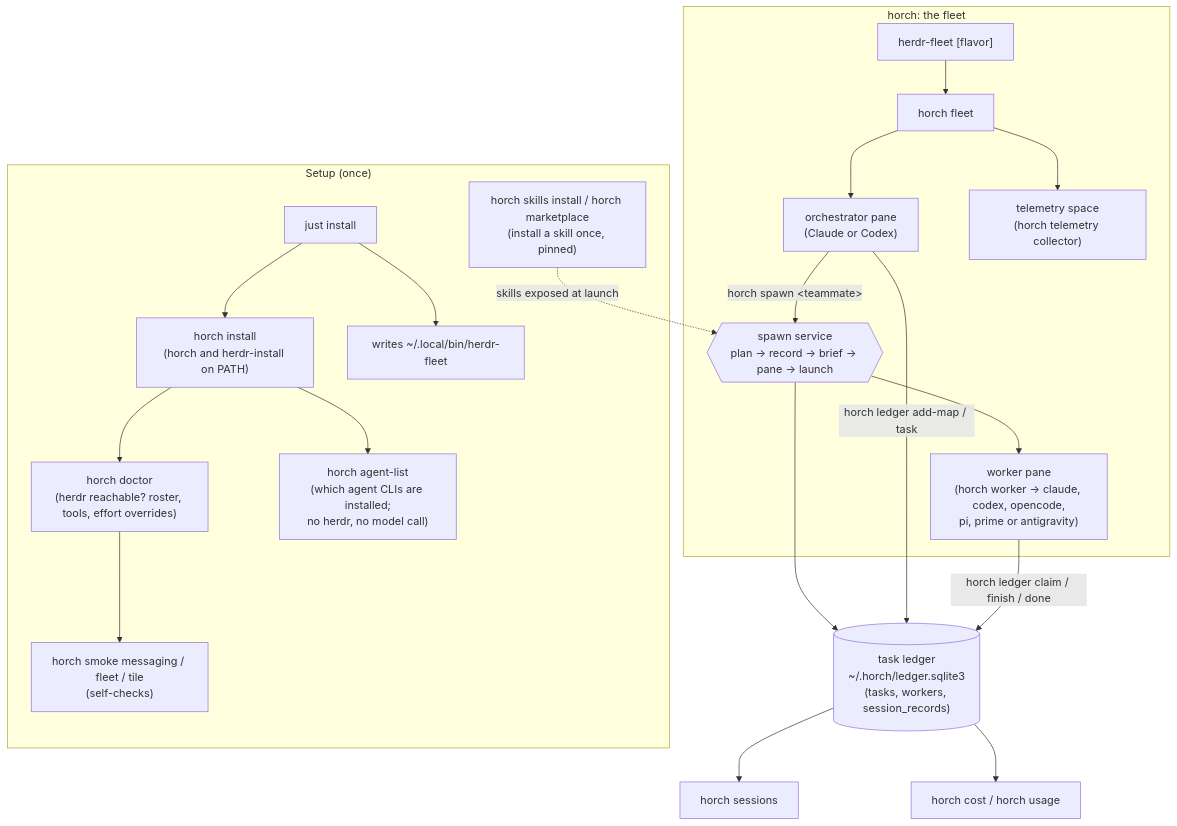
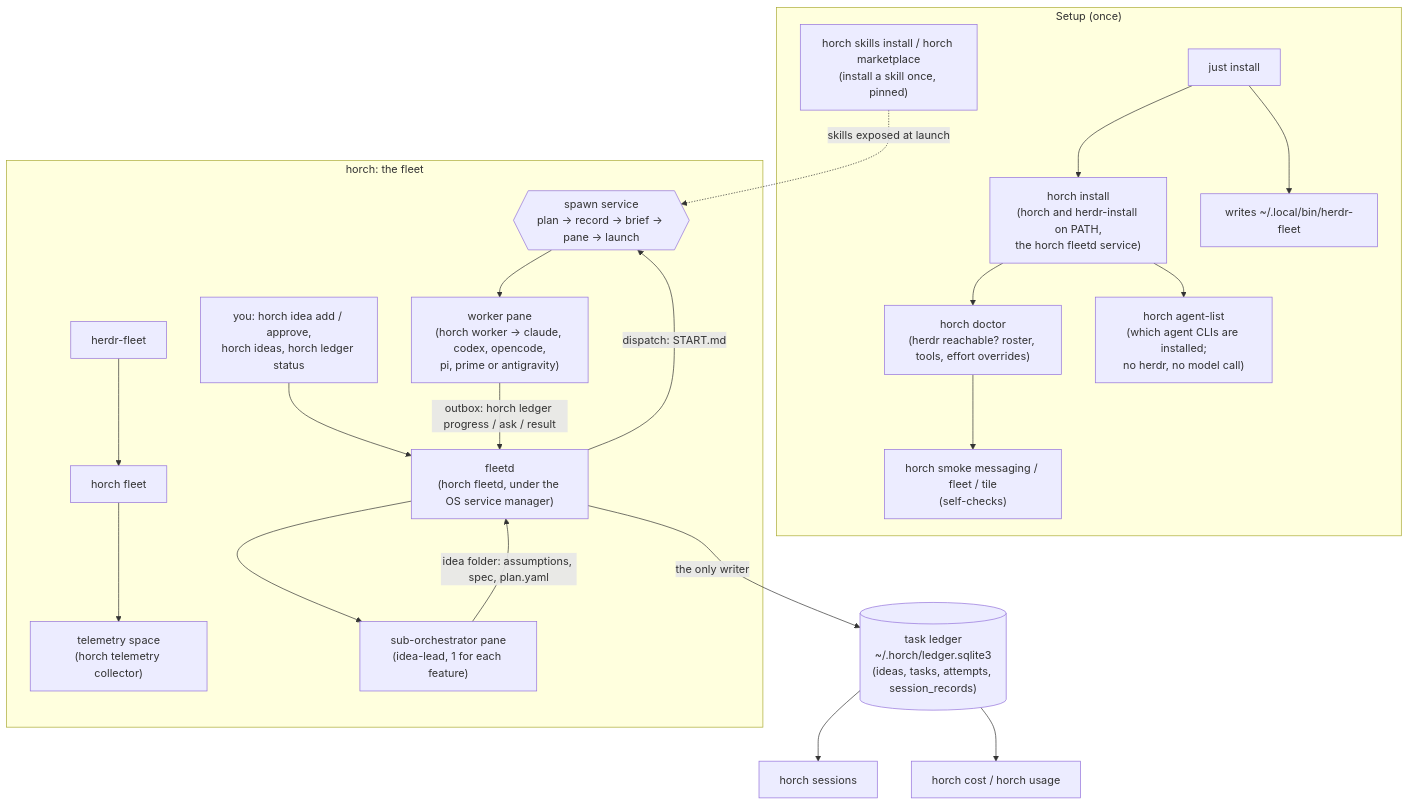
The first of 3 diagrams in docs/command-flow.md (MattMakes/multi-herdr), drawn with Mermaid before and after one commit. The commit also changed other lines of this file and 12 other files, not shown here.

First line of the commit message:
fleetd-p7 35: the docs for a new user - README Start in 4 steps (install, start fleetd, add an idea, read the status), and the README, docs, orchestrate skill and teammate files name the idea flow; each retired command is named as retired (T-605)

````diff
--- a/docs/command-flow.md
+++ b/docs/command-flow.md
@@ -14,28 +16,29 @@
 ```mermaid
 flowchart TB
     subgraph setup["Setup (once)"]
-        I["just install"] --> HI["horch install<br/>(horch and herdr-install on PATH)"]
+        I["just install"] --> HI["horch install<br/>(horch and herdr-install on PATH,<br/>the horch fleetd service)"]
         I --> HF["writes ~/.local/bin/herdr-fleet"]
         HI --> DOC["horch doctor<br/>(herdr reachable? roster, tools, effort overrides)"]
         DOC --> SM["horch smoke messaging / fleet / tile<br/>(self-checks)"]
         HI --> AL["horch agent-list<br/>(which agent CLIs are installed;<br/>no herdr, no model call)"]
         MK["horch skills install / horch marketplace<br/>(install a skill once, pinned)"]
     end
 
     subgraph fleet["horch: the fleet"]
-        HF2["herdr-fleet [flavor]"] --> FL["horch fleet"]
-        FL --> ORCH["orchestrator pane<br/>(Claude or Codex)"]
+        HF2["herdr-fleet"] --> FL["horch fleet"]
         FL --> TEL["telemetry space<br/>(horch telemetry collector)"]
-        ORCH -->|"horch spawn &lt;teammate&gt;"| SVC
+        YOU["you: horch idea add / approve,<br/>horch ideas, horch ledger status"] --> FD
+        FD["fleetd<br/>(horch fleetd, under the OS service manager)"] --> SUB["sub-orchestrator pane<br/>(idea-lead, 1 for each feature)"]
+        FD -->|"dispatch: START.md"| SVC
         SVC --> WK["worker pane<br/>(horch worker → claude, codex, opencode,<br/>pi, prime or antigravity)"]
     end
 
     SVC{{"spawn service<br/>plan → record → brief → pane → launch"}}
-    SVC --> LEDGER[("task ledger<br/>~/.horch/ledger.sqlite3<br/>(tasks, workers, session_records)")]
-    ORCH -->|"horch ledger add-map / task"| LEDGER
-    WK -->|"horch ledger claim / finish / done"| LEDGER
+    FD -->|"the only writer"| LEDGER[("task ledger<br/>~/.horch/ledger.sqlite3<br/>(ideas, tasks, attempts, session_records)")]
+    SUB -->|"idea folder: assumptions, spec, plan.yaml"| FD
+    WK -->|"outbox: horch ledger progress / ask / result"| FD
     MK -.->|"skills exposed at launch"| SVC
 
     LEDGER --> SESS["horch sessions"]
     LEDGER --> COST["horch cost / horch usage"]
 ```
````
